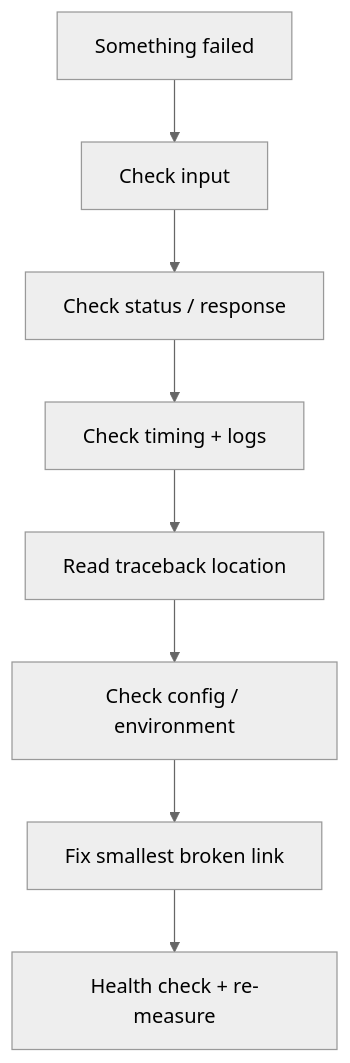
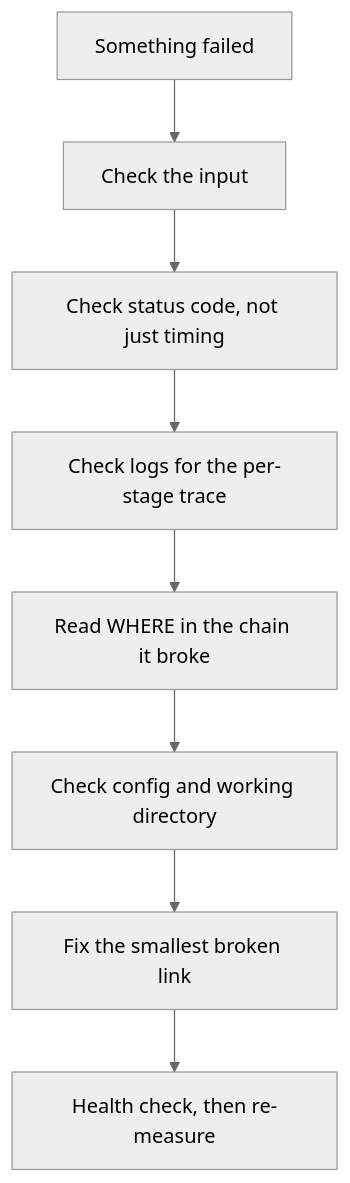
Before and after one commit to Aman-srivastav24/ai-support-triage: diagram 16 of 18 in docs/DAY_04_LEARNINGS.md, drawn with Mermaid (neutral theme). The commit also changed other lines of this file, not shown here.

````diff
--- a/docs/DAY_04_LEARNINGS.md
+++ b/docs/DAY_04_LEARNINGS.md
@@ -1010,10 +1001,10 @@
 ```mermaid
 flowchart TD
-    E[Something failed] --> I[Check input]
-    I --> S[Check status / response]
-    S --> T[Check timing + logs]
-    T --> X[Read traceback location]
-    X --> C[Check config / environment]
-    C --> F[Fix smallest broken link]
-    F --> V[Health check + re-measure]
+    E["Something failed"] --> I["Check the input"]
+    I --> S["Check status code, not just timing"]
+    S --> T["Check logs for the per-stage trace"]
+    T --> X["Read WHERE in the chain it broke"]
+    X --> C["Check config and working directory"]
+    C --> F["Fix the smallest broken link"]
+    F --> V["Health check, then re-measure"]
 ```
````
